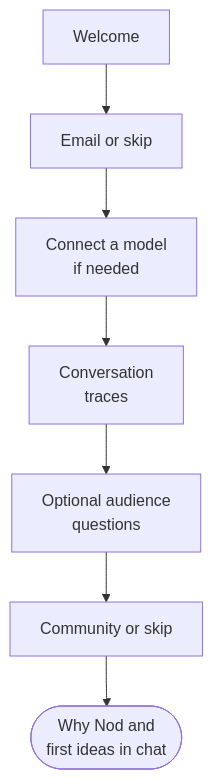
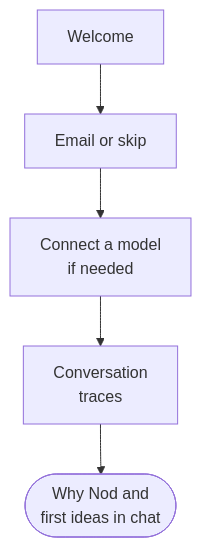
The diagram in docs/src/content/docs/get-started/first-conversation.mdx (n8n-io/nod), drawn with Mermaid before and after one commit. The commit also changed other lines of this file and 31 other files, not shown here.

````diff
--- a/docs/src/content/docs/get-started/first-conversation.mdx
+++ b/docs/src/content/docs/get-started/first-conversation.mdx
@@ -18,9 +18,7 @@
 ```mermaid
 flowchart TD
   start[Welcome] --> email[Email or skip]:::muted
   email --> model[Connect a model<br/>if needed]:::accent
   model --> privacy[Conversation<br/>traces]:::muted
-  privacy --> profile[Optional audience<br/>questions]:::muted
-  profile --> community[Community or skip]:::muted
-  community --> chat([Why Nod and<br/>first ideas in chat]):::go
+  privacy --> chat([Why Nod and<br/>first ideas in chat]):::go
 ```
````
